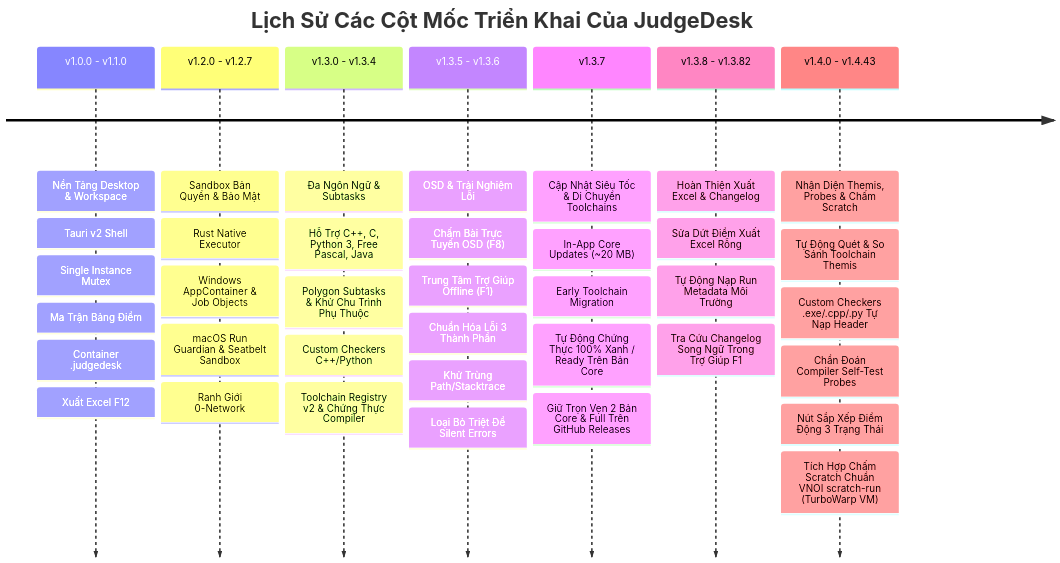
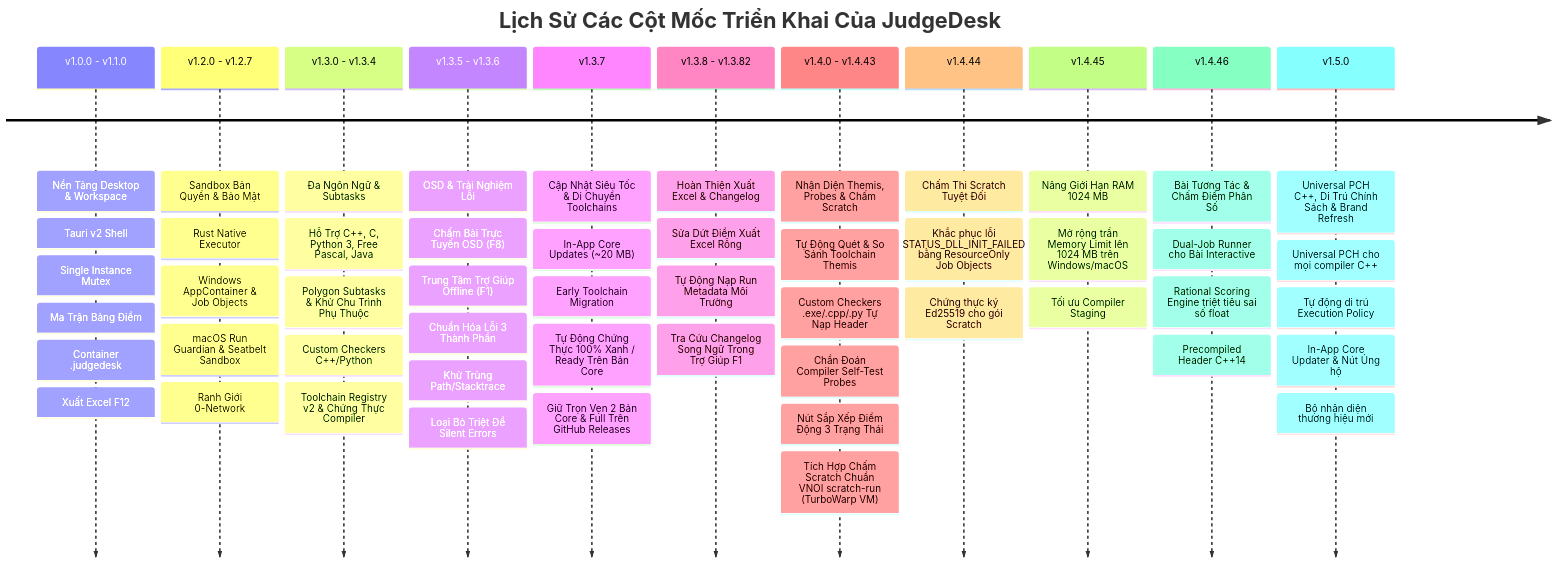
The diagram in docs/IMPLEMENTATION_PLAN.md (ducminh25/judgedesk-source), drawn with Mermaid before and after one commit. The commit also changed other lines of this file and 11 other files, not shown here.

````diff
--- a/docs/IMPLEMENTATION_PLAN.md
+++ b/docs/IMPLEMENTATION_PLAN.md
@@ -14,11 +14,15 @@
 ```mermaid
 timeline
     title Lịch Sử Các Cột Mốc Triển Khai Của JudgeDesk
     v1.0.0 - v1.1.0 : Nền Tảng Desktop & Workspace : Tauri v2 Shell : Single Instance Mutex : Ma Trận Bảng Điểm : Container .judgedesk : Xuất Excel F12
     v1.2.0 - v1.2.7 : Sandbox Bản Quyền & Bảo Mật : Rust Native Executor : Windows AppContainer & Job Objects : macOS Run Guardian & Seatbelt Sandbox : Ranh Giới 0-Network
     v1.3.0 - v1.3.4 : Đa Ngôn Ngữ & Subtasks : Hỗ Trợ C++, C, Python 3, Free Pascal, Java : Polygon Subtasks & Khử Chu Trình Phụ Thuộc : Custom Checkers C++/Python : Toolchain Registry v2 & Chứng Thực Compiler
     v1.3.5 - v1.3.6 : OSD & Trải Nghiệm Lỗi : Chấm Bài Trực Tuyến OSD (F8) : Trung Tâm Trợ Giúp Offline (F1) : Chuẩn Hóa Lỗi 3 Thành Phần : Khử Trùng Path/Stacktrace : Loại Bỏ Triệt Để Silent Errors
     v1.3.7 : Cập Nhật Siêu Tốc & Di Chuyển Toolchains : In-App Core Updates (~20 MB) : Early Toolchain Migration : Tự Động Chứng Thực 100% Xanh / Ready Trên Bản Core : Giữ Trọn Vẹn 2 Bản Core & Full Trên GitHub Releases
     v1.3.8 - v1.3.82 : Hoàn Thiện Xuất Excel & Changelog : Sửa Dứt Điểm Xuất Excel Rỗng : Tự Động Nạp Run Metadata Môi Trường : Tra Cứu Changelog Song Ngữ Trong Trợ Giúp F1
     v1.4.0 - v1.4.43 : Nhận Diện Themis, Probes & Chấm Scratch : Tự Động Quét & So Sánh Toolchain Themis : Custom Checkers .exe/.cpp/.py Tự Nạp Header : Chẩn Đoán Compiler Self-Test Probes : Nút Sắp Xếp Điểm Động 3 Trạng Thái : Tích Hợp Chấm Scratch Chuẩn VNOI scratch-run (TurboWarp VM)
+    v1.4.44 : Chấm Thi Scratch Tuyệt Đối : Khắc phục lỗi STATUS_DLL_INIT_FAILED bằng ResourceOnly Job Objects : Chứng thực ký Ed25519 cho gói Scratch
+    v1.4.45 : Nâng Giới Hạn RAM 1024 MB : Mở rộng trần Memory Limit lên 1024 MB trên Windows/macOS : Tối ưu Compiler Staging
+    v1.4.46 : Bài Tương Tác & Chấm Điểm Phân Số : Dual-Job Runner cho Bài Interactive : Rational Scoring Engine triệt tiêu sai số float : Precompiled Header C++14
+    v1.5.0 : Universal PCH C++, Di Trú Chính Sách & Brand Refresh : Universal PCH cho mọi compiler C++ : Tự động di trú Execution Policy : In-App Core Updater & Nút Ủng hộ : Bộ nhận diện thương hiệu mới
 ```
````
